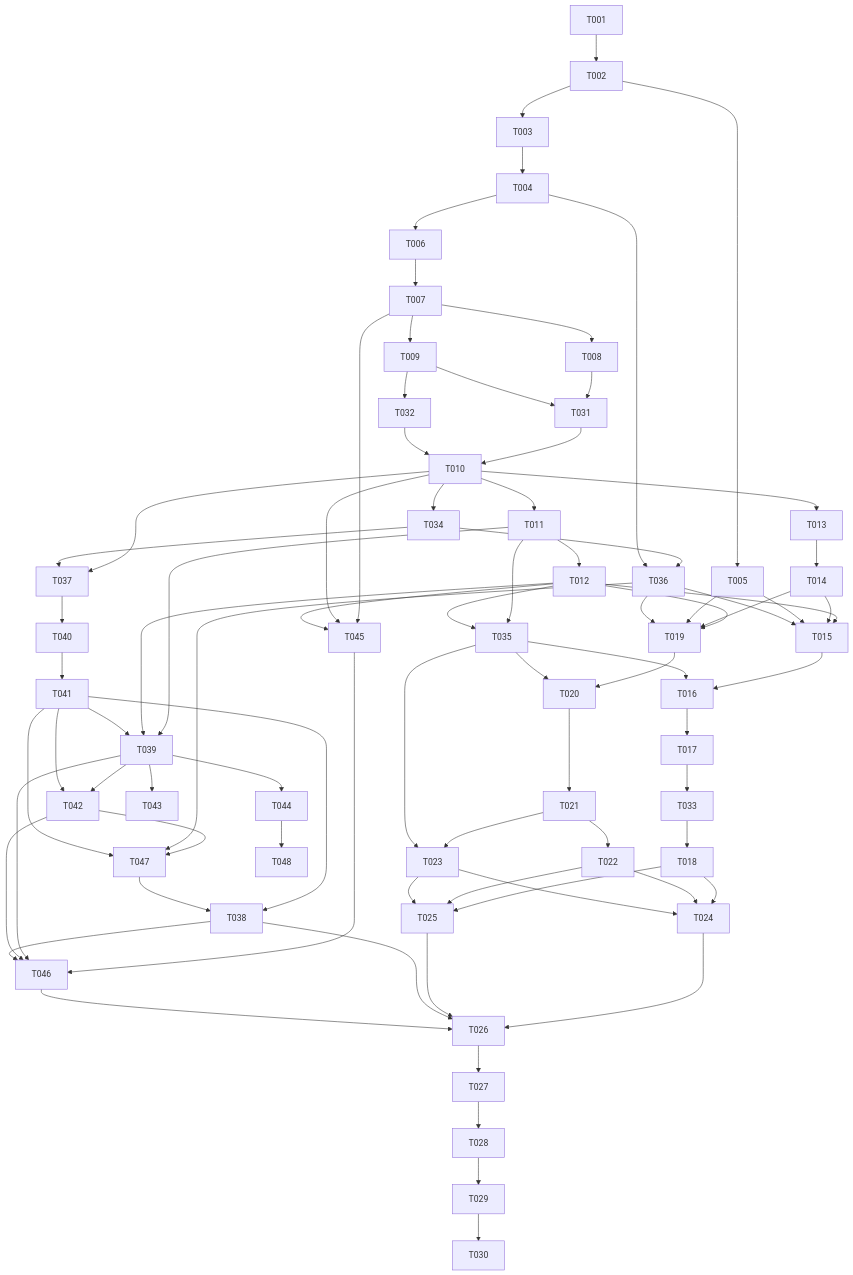
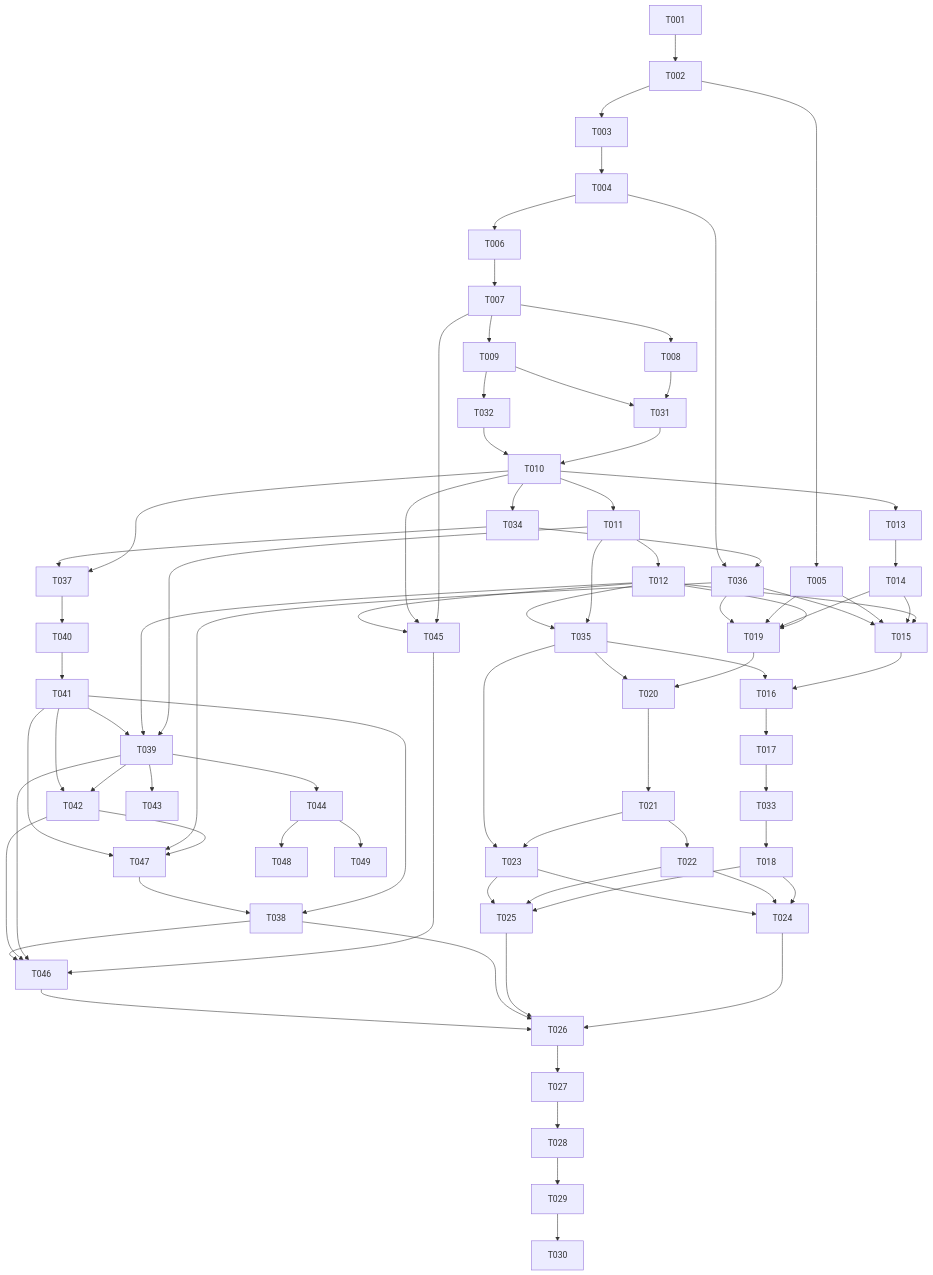
One commit to ronronner02/multi-agent changed the diagram in docs/tasks/2026-10-13-001-feat-multi-agent-team-tasks.md. Above: the diagram before and after it, drawn with Mermaid. The commit also changed other lines of this file and 2 other files, not shown here.

````diff
--- a/docs/tasks/2026-10-13-001-feat-multi-agent-team-tasks.md
+++ b/docs/tasks/2026-10-13-001-feat-multi-agent-team-tasks.md
@@ -120,69 +120,70 @@
 ```mermaid
 flowchart TD
   T001 --> T002
   T002 --> T003 --> T004 --> T006 --> T007
   T002 --> T005
   T007 --> T008
   T007 --> T009
   T008 --> T031
   T009 --> T031
   T009 --> T032
   T031 --> T010
   T032 --> T010
   T010 --> T011 --> T012
   T010 --> T013 --> T014
   T012 --> T015
   T014 --> T015
   T005 --> T015
   T015 --> T016 --> T017 --> T033 --> T018
   T012 --> T019
   T014 --> T019
   T005 --> T019
   T019 --> T020 --> T021
   T021 --> T022
   T021 --> T023
   T018 --> T024
   T022 --> T024
   T023 --> T024
   T018 --> T025
   T022 --> T025
   T023 --> T025
   T024 --> T026
   T025 --> T026
   T010 --> T034 --> T036
   T010 --> T037
   T034 --> T037
   T037 --> T040
   T040 --> T041
   T041 --> T038
   T011 --> T039
   T012 --> T039
   T041 --> T039
   T039 --> T042
   T039 --> T043
   T039 --> T044
   T044 --> T048
+  T044 --> T049
   T041 --> T042
   T042 --> T047
   T036 --> T047
   T041 --> T047
   T047 --> T038
   T038 --> T026
   T007 --> T045
   T010 --> T045
   T012 --> T045
   T045 --> T046
   T039 --> T046
   T042 --> T046
   T038 --> T046
   T046 --> T026
   T004 --> T036
   T036 --> T015
   T036 --> T019
   T011 --> T035
   T012 --> T035
   T035 --> T016
   T035 --> T020
   T035 --> T023
   T026 --> T027 --> T028 --> T029 --> T030
 ```
````
